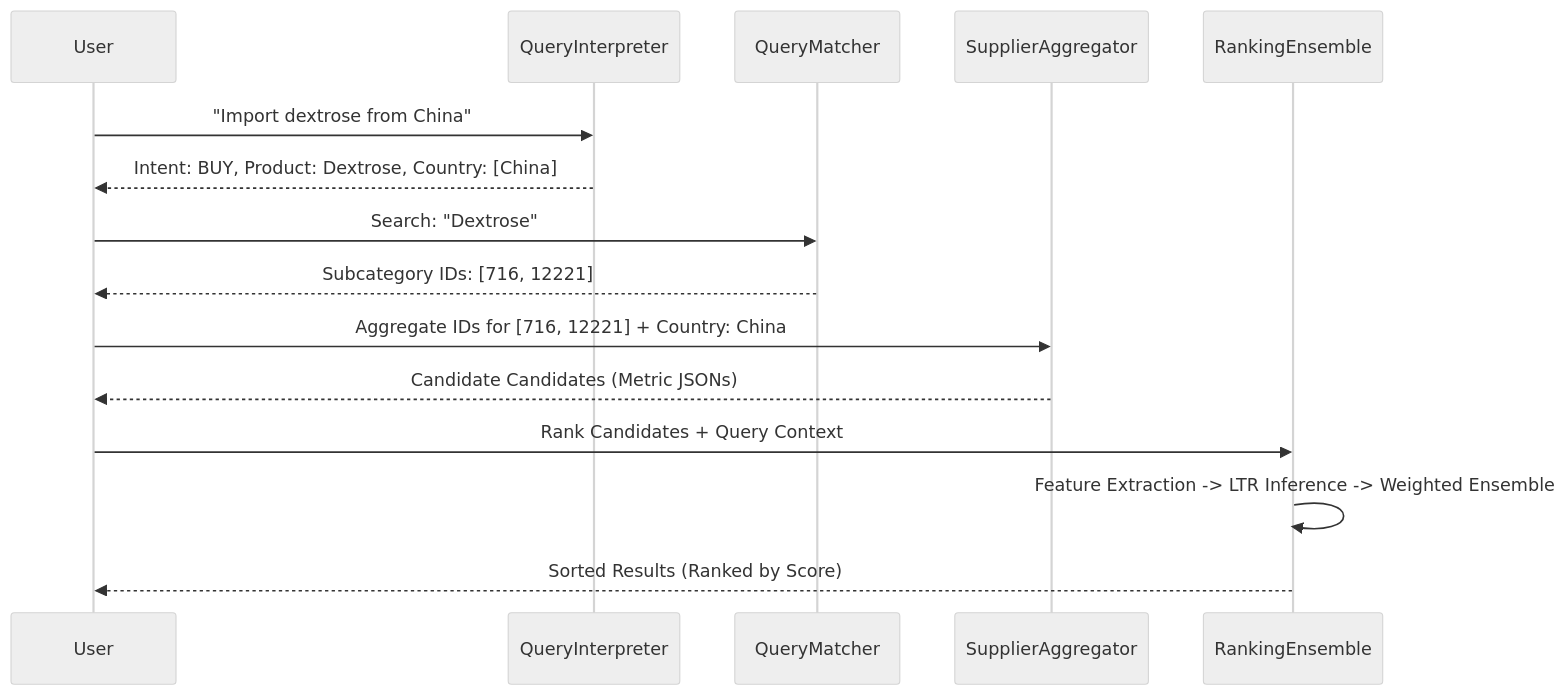
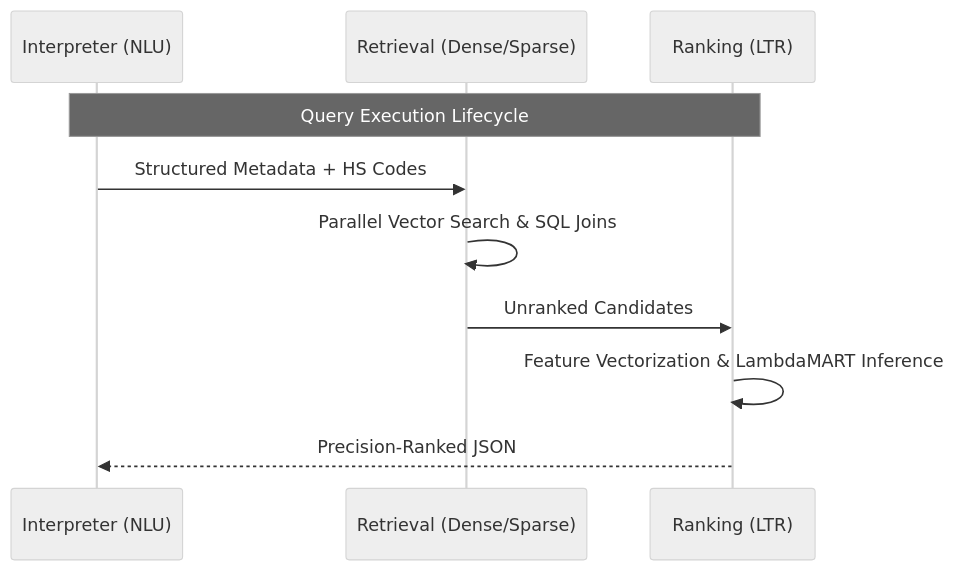
One commit to umarkashif21/ZaraiLink changed the second of 4 diagrams in details.md. Above: the diagram before and after it, drawn with Mermaid (neutral theme). The commit also changed other lines of this file and 28 other files, not shown here.

````diff
--- a/details.md
+++ b/details.md
@@ -42,18 +36,13 @@
 ```mermaid
 sequenceDiagram
-    participant U as User
-    participant Q as QueryInterpreter
-    participant N as QueryMatcher
-    participant A as SupplierAggregator
-    participant R as RankingEnsemble
+    participant Q as Interpreter (NLU)
+    participant R as Retrieval (Dense/Sparse)
+    participant L as Ranking (LTR)
     
-    U->>Q: "Import dextrose from China"
-    Q-->>U: Intent: BUY, Product: Dextrose, Country: [China]
-    U->>N: Search: "Dextrose"
-    N-->>U: Subcategory IDs: [716, 12221]
-    U->>A: Aggregate IDs for [716, 12221] + Country: China
-    A-->>U: Candidate Candidates (Metric JSONs)
-    U->>R: Rank Candidates + Query Context
-    R->>R: Feature Extraction -> LTR Inference -> Weighted Ensemble
-    R-->>U: Sorted Results (Ranked by Score)
+    Note over Q, L: Query Execution Lifecycle
+    Q->>R: Structured Metadata + HS Codes
+    R->>R: Parallel Vector Search & SQL Joins
+    R->>L: Unranked Candidates
+    L->>L: Feature Vectorization & LambdaMART Inference
+    L-->>Q: Precision-Ranked JSON
 ```
````
